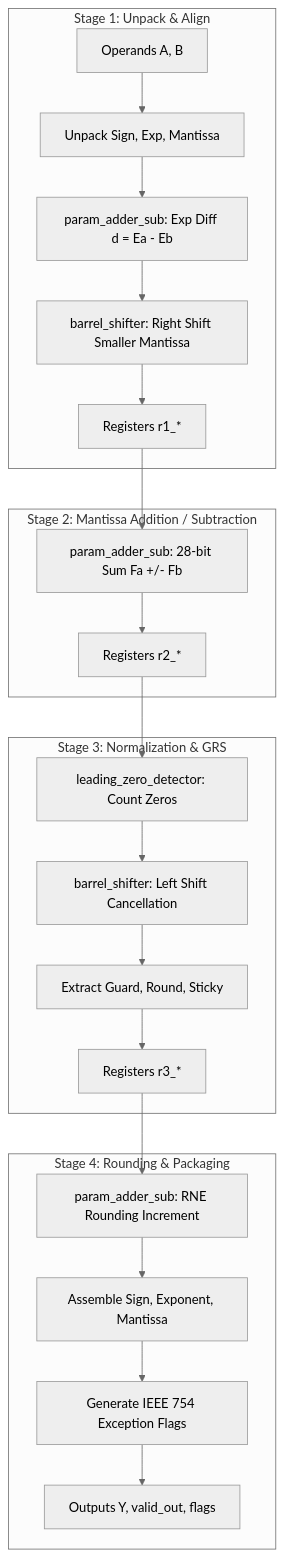
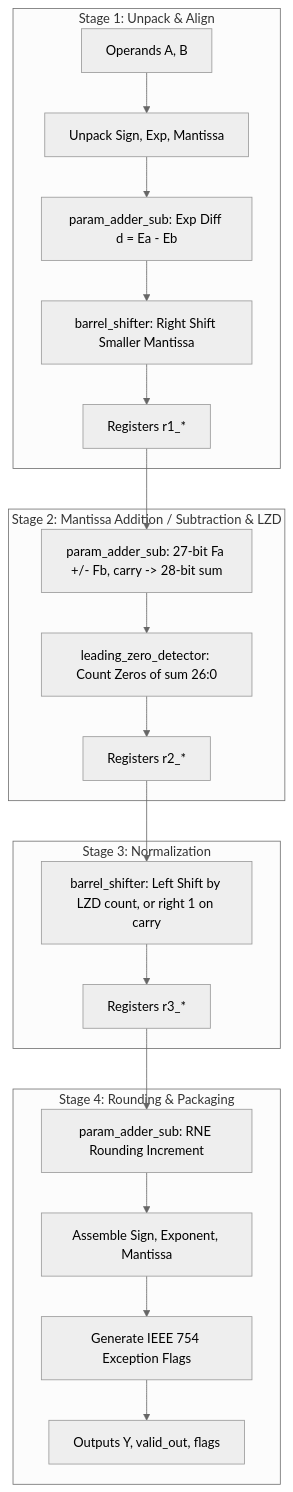
Before and after one commit to priyanshu029jain/FPU: the diagram in documantation/module_FPU_adder.md, drawn with Mermaid (neutral theme). The commit also changed other lines of this file and 19 other files, not shown here.

````diff
--- a/documantation/module_FPU_adder.md
+++ b/documantation/module_FPU_adder.md
@@ -62,28 +63,27 @@
 ```mermaid
 graph TD
     subgraph Stage 1: Unpack & Align
         In[Operands A, B] --> Unpack[Unpack Sign, Exp, Mantissa]
         Unpack --> ExpDiff[param_adder_sub: Exp Diff d = Ea - Eb]
         ExpDiff --> Align[barrel_shifter: Right Shift Smaller Mantissa]
         Align --> R1[Registers r1_*]
     end
 
-    subgraph Stage 2: Mantissa Addition / Subtraction
-        R1 --> CoreAdd[param_adder_sub: 28-bit Sum Fa +/- Fb]
-        CoreAdd --> R2[Registers r2_*]
+    subgraph Stage 2: Mantissa Addition / Subtraction & LZD
+        R1 --> CoreAdd[param_adder_sub: 27-bit Fa +/- Fb, carry -> 28-bit sum]
+        CoreAdd --> LZD[leading_zero_detector: Count Zeros of sum 26:0]
+        LZD --> R2[Registers r2_*]
     end
 
-    subgraph Stage 3: Normalization & GRS
-        R2 --> LZD[leading_zero_detector: Count Zeros]
-        LZD --> NormShift[barrel_shifter: Left Shift Cancellation]
-        NormShift --> GRS[Extract Guard, Round, Sticky]
-        GRS --> R3[Registers r3_*]
+    subgraph Stage 3: Normalization
+        R2 --> NormShift[barrel_shifter: Left Shift by LZD count, or right 1 on carry]
+        NormShift --> R3[Registers r3_*]
     end
 
     subgraph Stage 4: Rounding & Packaging
         R3 --> RNE[param_adder_sub: RNE Rounding Increment]
         RNE --> Pack[Assemble Sign, Exponent, Mantissa]
         Pack --> Flags[Generate IEEE 754 Exception Flags]
         Flags --> Out[Outputs Y, valid_out, flags]
     end
 ```
````
